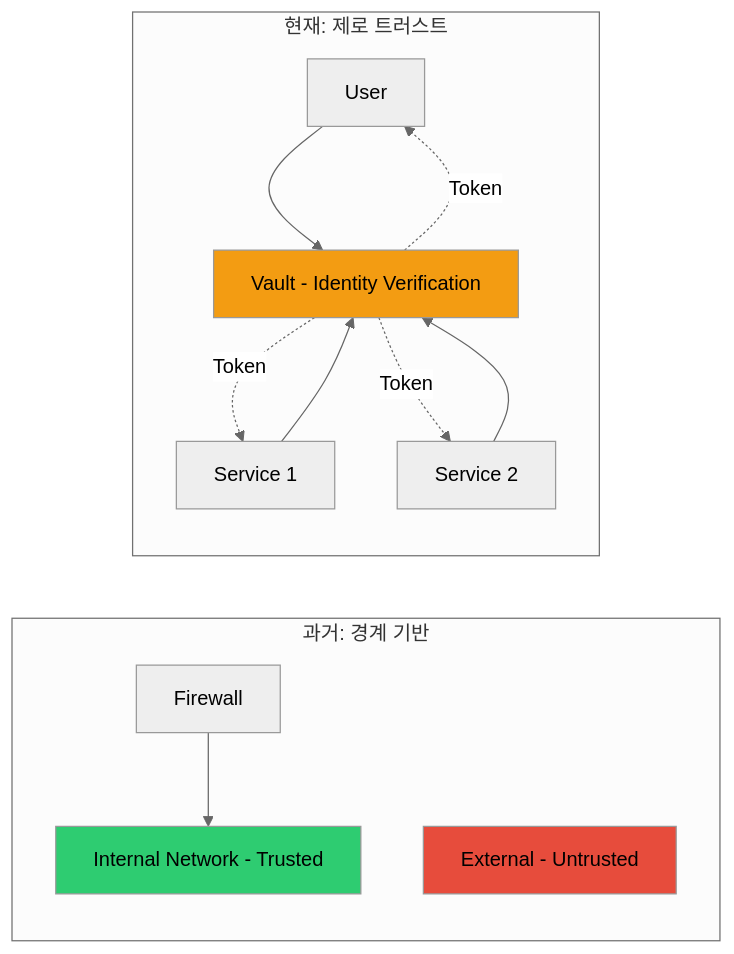
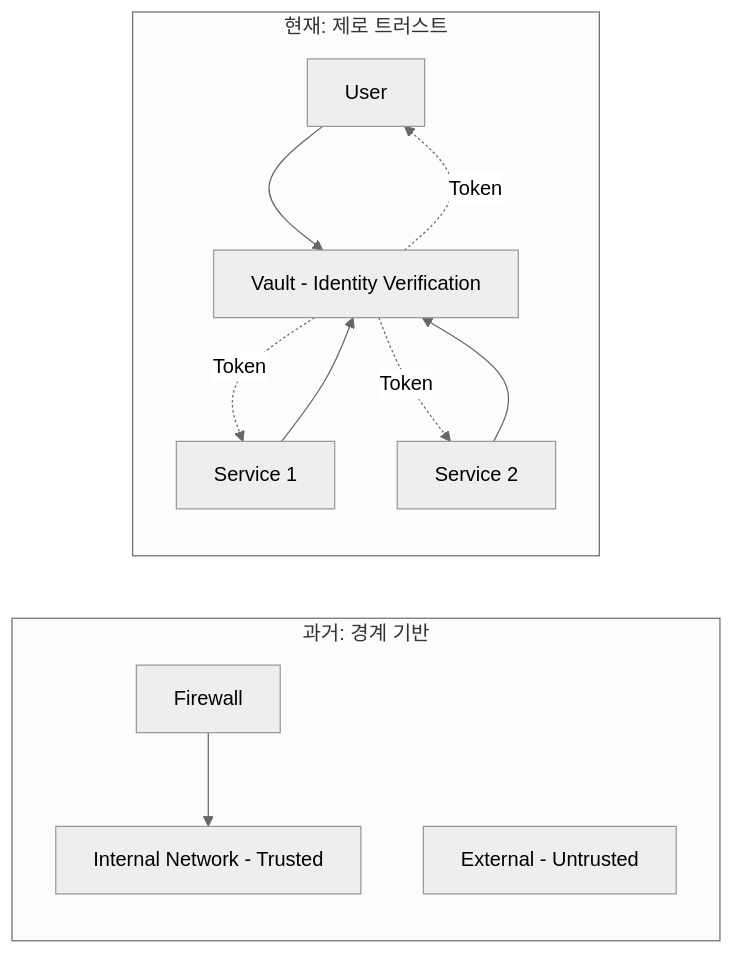
One commit to juwon8891/juwon8891.github.io changed the second of 12 diagrams in docs/cicd/week7-vault-secrets.md. Above: the diagram before and after it, drawn with Mermaid (neutral theme). The commit also changed other lines of this file and 18 other files, not shown here.

Commit message:
Remove bright colors from Mermaid diagrams for dark mode compatibility

````diff
--- a/docs/cicd/week7-vault-secrets.md
+++ b/docs/cicd/week7-vault-secrets.md
@@ -121,28 +116,25 @@
 ```mermaid
 graph LR
     subgraph "과거: 경계 기반"
         F1[Firewall]
         IN[Internal Network - Trusted]
         OUT[External - Untrusted]
 
         F1 --> IN
     end
 
     subgraph "현재: 제로 트러스트"
         U1[User]
         S1[Service 1]
         S2[Service 2]
         V[Vault - Identity Verification]
 
         U1 --> V
         S1 --> V
         S2 --> V
         V -.->|Token| U1
         V -.->|Token| S1
         V -.->|Token| S2
     end
 
-    style IN fill:#2ecc71
-    style OUT fill:#e74c3c
-    style V fill:#f39c12
 ```
````
